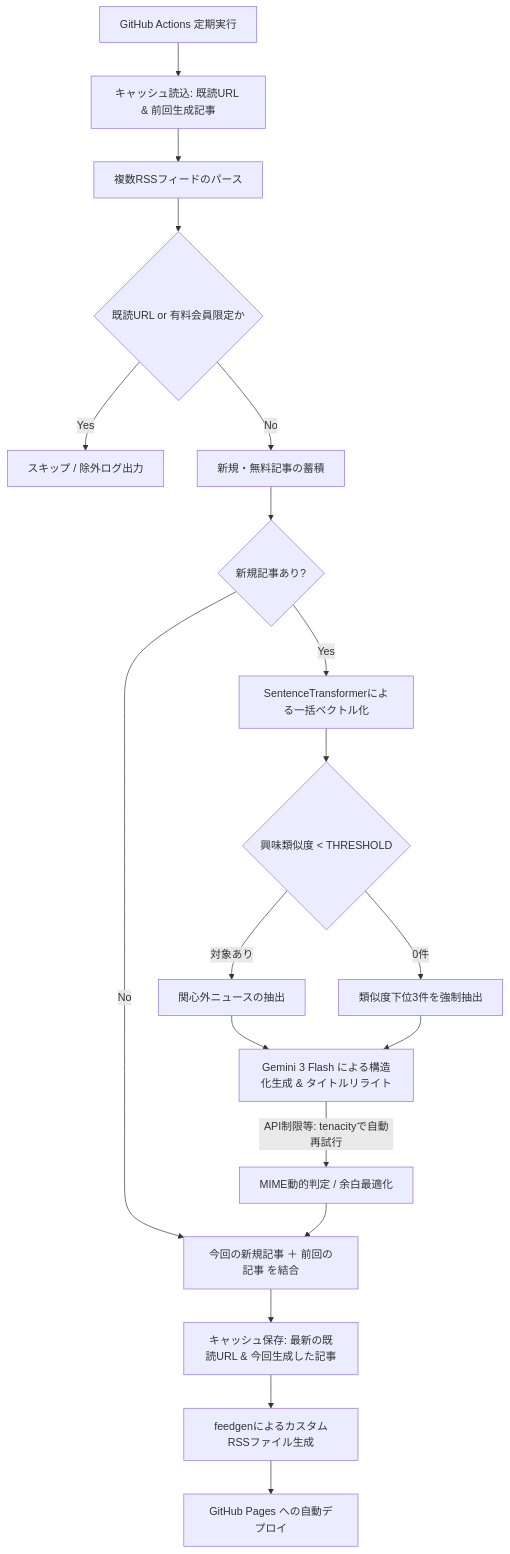
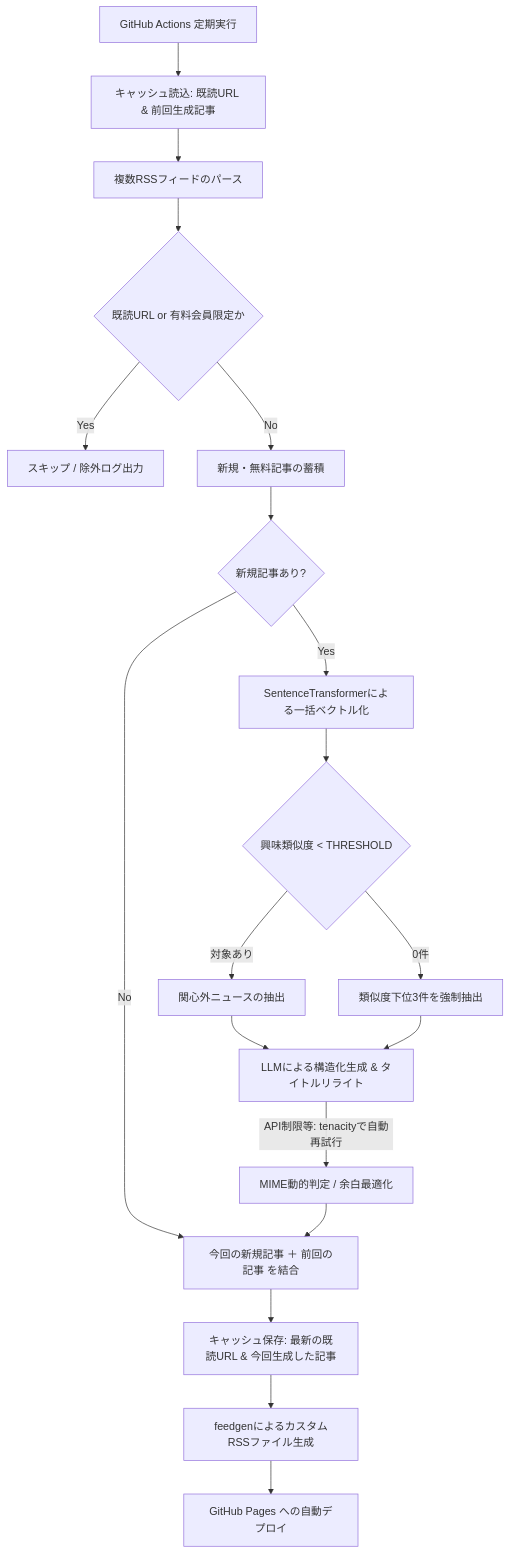
One commit to ph-cookie/rss-sentiment-arbitrage changed the diagram in README.md. Above: the diagram before and after it, drawn with Mermaid. The commit also changed other lines of this file, not shown here.

Commit message:
Update REAME

````diff
--- a/README.md
+++ b/README.md
@@ -15,25 +15,25 @@
 ```mermaid
 graph TD
     A[GitHub Actions 定期実行] --> B[キャッシュ読込: 既読URL & 前回生成記事]
     B --> C[複数RSSフィードのパース]
     C --> D{既読URL or 有料会員限定か}
     D -- Yes --> E[スキップ / 除外ログ出力]
     D -- No --> F[新規・無料記事の蓄積]
     
     F --> G{新規記事あり?}
     G -- No --> K
     G -- Yes --> H[SentenceTransformerによる一括ベクトル化]
     
     H --> I{興味類似度 < THRESHOLD}
     I -- 対象あり --> J[関心外ニュースの抽出]
     I -- 0件 --> J2[類似度下位3件を強制抽出]
     
-    J --> L[Gemini 3 Flash による構造化生成 & タイトルリライト]
+    J --> L[LLMによる構造化生成 & タイトルリライト]
     J2 --> L
     L -- "API制限等: tenacityで自動再試行" --> M[MIME動的判定 / 余白最適化]
     
     M --> K[今回の新規記事 ＋ 前回の記事 を結合]
     K --> N[キャッシュ保存: 最新の既読URL & 今回生成した記事]
     N --> O[feedgenによるカスタムRSSファイル生成]
     O --> P[GitHub Pages への自動デプロイ]
 ```
````
